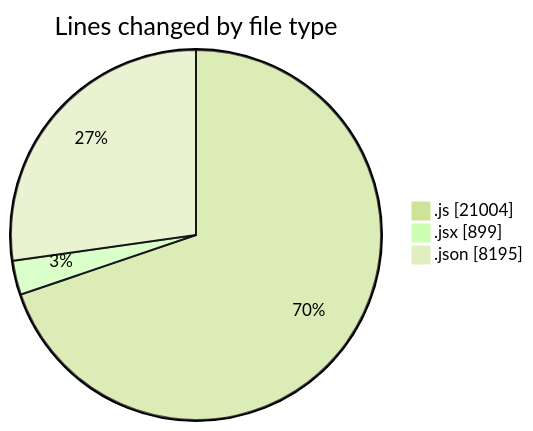
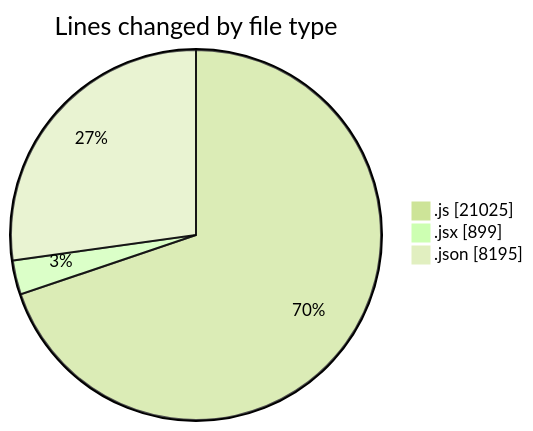
Before and after one commit to nxtqubesakshisongat/code-tracking: the first of 2 diagrams in 2025-12-09/nxtqube_webapp/README.md, drawn with Mermaid (forest theme). The commit also changed other lines of this file and 1 other file, not shown here.

````diff
--- a/2025-12-09/nxtqube_webapp/README.md
+++ b/2025-12-09/nxtqube_webapp/README.md
@@ -25,7 +25,7 @@
 ```mermaid
 pie showData
 title Lines changed by file type
-".js" : 21004
+".js" : 21025
 ".jsx" : 899
 ".json" : 8195
 ```
````
